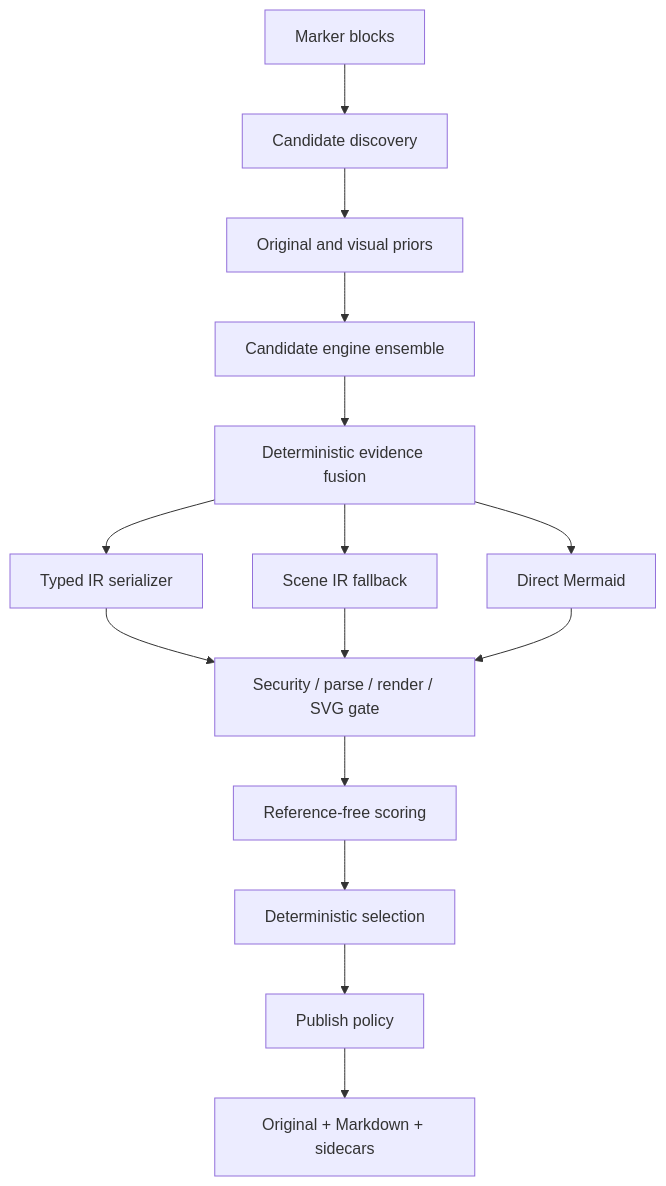
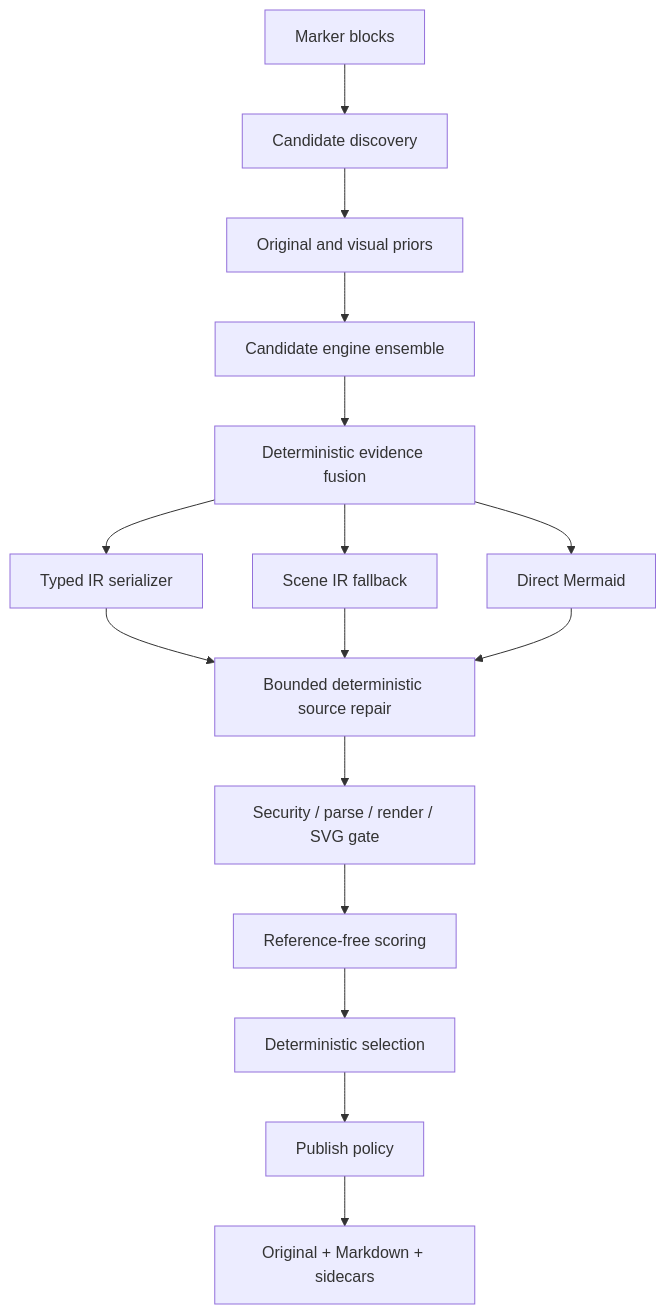
The diagram in docs/architecture.md (seo-rii/marker-mermaid), drawn with Mermaid before and after one commit. The commit also changed other lines of this file and 19 other files, not shown here.

Commit message:
feat: add specialized serializers and source repair

````diff
--- a/docs/architecture.md
+++ b/docs/architecture.md
@@ -9,17 +9,18 @@
 ```mermaid
 flowchart TB
     M["Marker blocks"] --> D["Candidate discovery"]
     D --> V["Original and visual priors"]
     V --> E["Candidate engine ensemble"]
     E --> F["Deterministic evidence fusion"]
     F --> T["Typed IR serializer"]
     F --> S["Scene IR fallback"]
     F --> R["Direct Mermaid"]
-    T --> G["Security / parse / render / SVG gate"]
-    S --> G
-    R --> G
+    T --> A["Bounded deterministic source repair"]
+    S --> A
+    R --> A
+    A --> G["Security / parse / render / SVG gate"]
     G --> Q["Reference-free scoring"]
     Q --> X["Deterministic selection"]
     X --> P["Publish policy"]
     P --> O["Original + Markdown + sidecars"]
 ```
````
